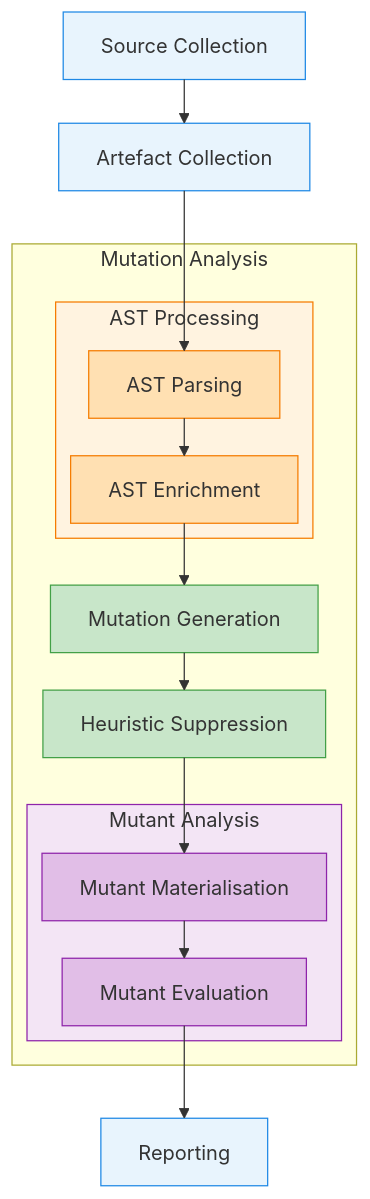
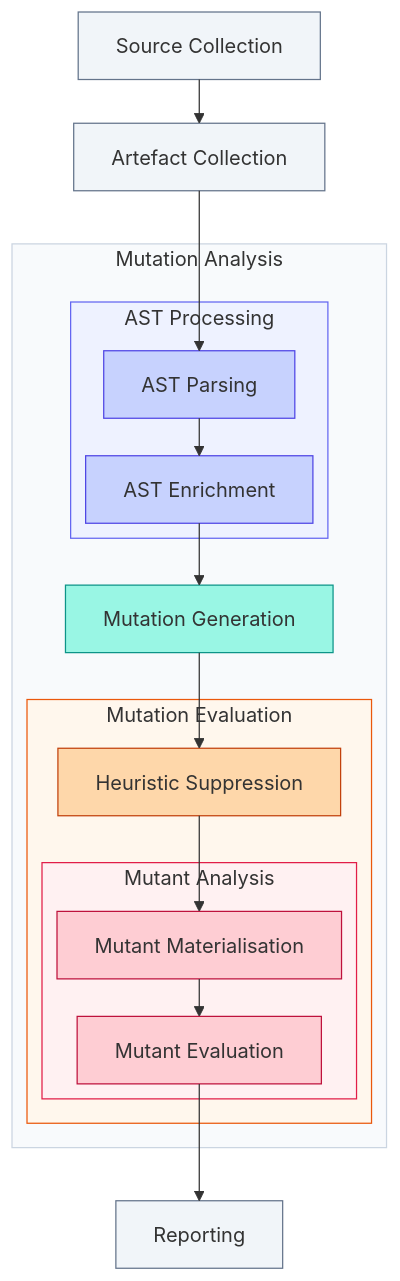
One commit to infection/infection changed the diagram in doc/infection.mmd. Above: the diagram before and after it, drawn with Mermaid.

Commit message:
new color palette

```diff
--- a/doc/infection.mmd
+++ b/doc/infection.mmd
@@ -1,62 +1,70 @@
 ---
 config:
-  layout: elk
+    layout: elk
 ---
 flowchart TB
     %% Blocks
     SourceCollection["Source Collection"]
     ArtefactCollection["Artefact Collection"]
 
     AstParsing["AST Parsing"]
     AstEnrichment["AST Enrichment"]
 
     MutationGeneration["Mutation Generation"]
     HeuristicSuppression["Heuristic Suppression"]
     MutantMaterialisation["Mutant Materialisation"]
     MutantEvaluation["Mutant Evaluation"]
 
     Reporting["Reporting"]
 
     %% Flow
     SourceCollection --> ArtefactCollection
     ArtefactCollection --> AstParsing
     AstParsing --> AstEnrichment
     AstEnrichment --> MutationGeneration
     MutationGeneration --> HeuristicSuppression
     HeuristicSuppression --> MutantMaterialisation
     MutantMaterialisation --> MutantEvaluation
     MutantEvaluation --> Reporting
 
     %% Groups
     subgraph MutationAnalysis["Mutation Analysis"]
         AstProcessing
         MutationGeneration
-        HeuristicSuppression
-        MutantAnalysis
+        MutationEvaluation
     end
 
     subgraph AstProcessing["AST Processing"]
         AstParsing
         AstEnrichment
     end
 
+    subgraph MutationEvaluation["Mutation Evaluation"]
+        HeuristicSuppression
+        MutantAnalysis
+    end
+
     subgraph MutantAnalysis["Mutant Analysis"]
         MutantMaterialisation
         MutantEvaluation
     end
 
-    %% Styling
-    style SourceCollection fill:#e8f4fd,stroke:#1e88e5
-    style ArtefactCollection fill:#e8f4fd,stroke:#1e88e5
-    style Reporting fill:#e8f4fd,stroke:#1e88e5
+%% Styling
+    style SourceCollection fill:#f1f5f9,stroke:#64748b
+    style ArtefactCollection fill:#f1f5f9,stroke:#64748b
+    style Reporting fill:#f1f5f9,stroke:#64748b
 
-    style AstProcessing fill:#fff3e0,stroke:#f57c00
-    style AstParsing fill:#ffe0b2,stroke:#f57c00
-    style AstEnrichment fill:#ffe0b2,stroke:#f57c00
+    style MutationAnalysis fill:#f8fafc,stroke:#cbd5e1
 
-    style MutationGeneration fill:#c8e6c9,stroke:#43a047
-    style HeuristicSuppression fill:#c8e6c9,stroke:#43a047
+    style AstProcessing fill:#eef2ff,stroke:#6366f1
+    style AstParsing fill:#c7d2fe,stroke:#4f46e5
+    style AstEnrichment fill:#c7d2fe,stroke:#4f46e5
 
-    style MutantAnalysis fill:#f3e5f5,stroke:#8e24aa
-    style MutantMaterialisation fill:#e1bee7,stroke:#8e24aa
-    style MutantEvaluation fill:#e1bee7,stroke:#8e24aa
+    style MutationGeneration fill:#99f6e4,stroke:#0d9488
+
+    style MutationEvaluation fill:#fff7ed,stroke:#ea580c
+    style HeuristicSuppression fill:#fed7aa,stroke:#c2410c
+
+    style MutantAnalysis fill:#fff1f2,stroke:#e11d48
+    style MutantMaterialisation fill:#fecdd3,stroke:#be123c
+    style MutantEvaluation fill:#fecdd3,stroke:#be123c
```
